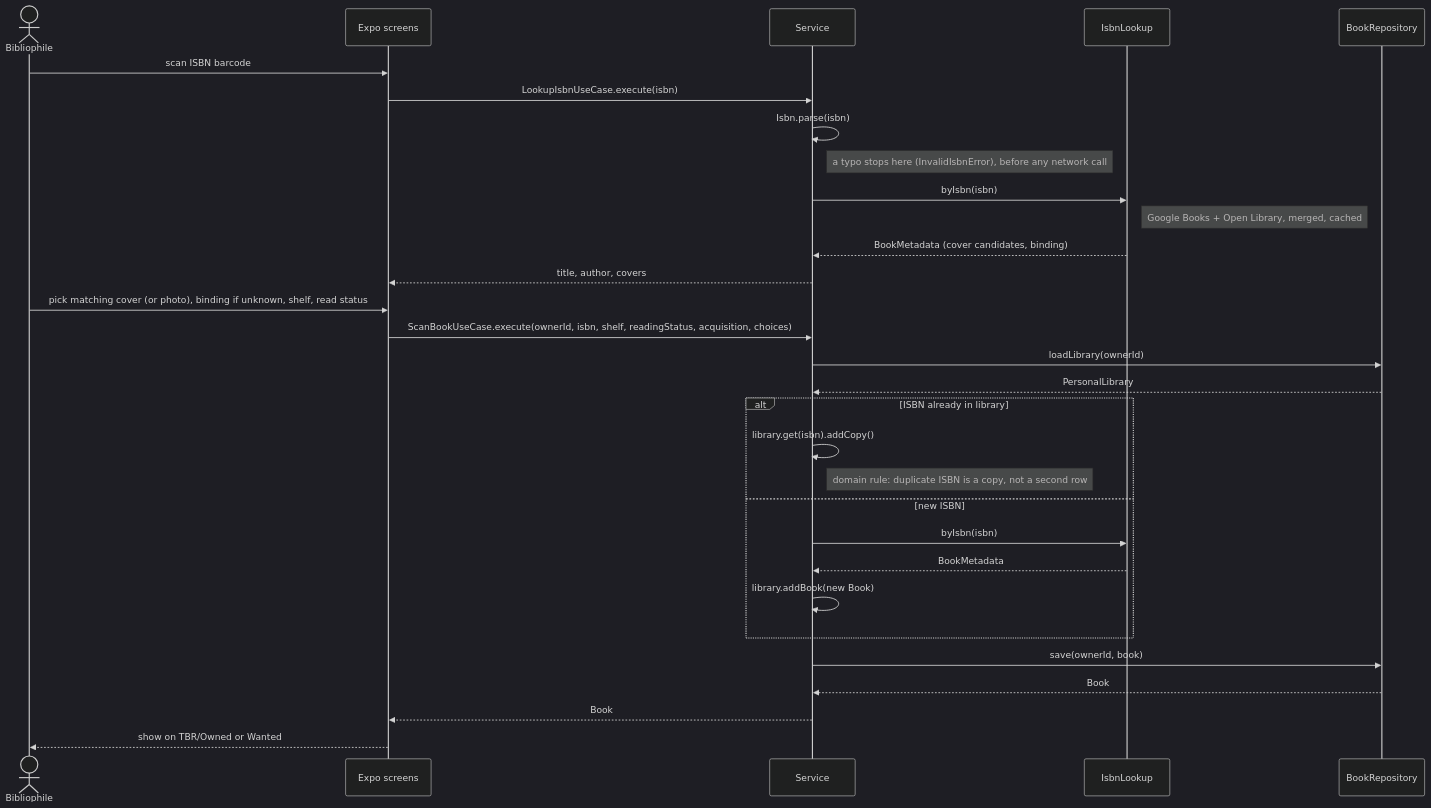
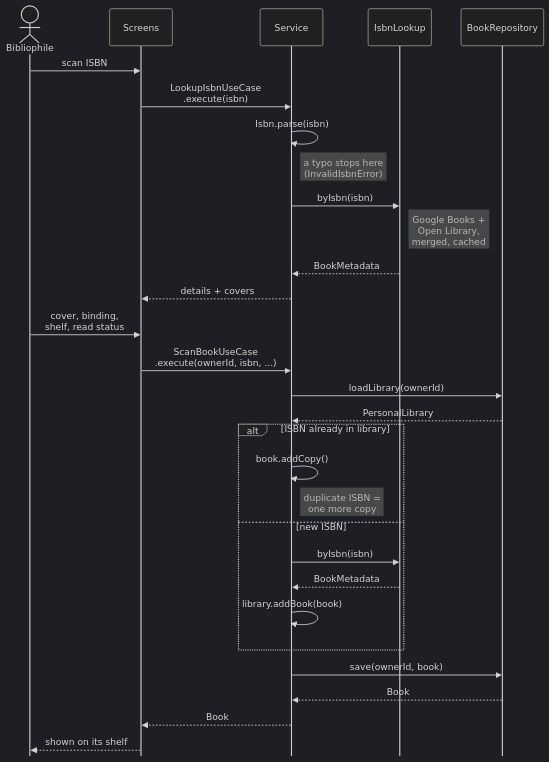
Before and after one commit to ghechavarria/cen5064-project-hechavarria: the diagram in docs/design/diagrams/sequence-scan.mmd, drawn with Mermaid (dark theme). The commit also changed 2 other files, not shown here.

Commit message:
Design doc: make the scan sequence diagram readable (3.2pt -> 7.1pt printed)
Long one-line messages and notes made the diagram 2214px wide, so its text printed at 3.2pt. Labels now break over two lines, the bottom actor row is dropped and margins are tighter (layout set in the .mmd), and the figure may use the full page height. Same steps and participants.

Refs #18

```diff
--- a/docs/design/diagrams/sequence-scan.mmd
+++ b/docs/design/diagrams/sequence-scan.mmd
@@ -1,30 +1,31 @@
+%%{init: {"sequence": {"mirrorActors": false, "messageMargin": 16, "actorMargin": 30, "boxMargin": 6, "noteMargin": 6, "width": 110}}}%%
 sequenceDiagram
     actor U as Bibliophile
-    participant UI as Expo screens
+    participant UI as Screens
     participant S as Service
     participant L as IsbnLookup
     participant R as BookRepository
-    U->>UI: scan ISBN barcode
-    UI->>S: LookupIsbnUseCase.execute(isbn)
+    U->>UI: scan ISBN
+    UI->>S: LookupIsbnUseCase<br/>.execute(isbn)
     S->>S: Isbn.parse(isbn)
-    Note right of S: a typo stops here (InvalidIsbnError), before any network call
+    Note right of S: a typo stops here<br/>(InvalidIsbnError)
     S->>L: byIsbn(isbn)
-    Note right of L: Google Books + Open Library, merged, cached
-    L-->>S: BookMetadata (cover candidates, binding)
-    S-->>UI: title, author, covers
-    U->>UI: pick matching cover (or photo), binding if unknown, shelf, read status
-    UI->>S: ScanBookUseCase.execute(ownerId, isbn, shelf, readingStatus, acquisition, choices)
+    Note right of L: Google Books +<br/>Open Library,<br/>merged, cached
+    L-->>S: BookMetadata
+    S-->>UI: details + covers
+    U->>UI: cover, binding,<br/>shelf, read status
+    UI->>S: ScanBookUseCase<br/>.execute(ownerId, isbn, ...)
     S->>R: loadLibrary(ownerId)
     R-->>S: PersonalLibrary
     alt ISBN already in library
-        S->>S: library.get(isbn).addCopy()
-        Note right of S: domain rule: duplicate ISBN is a copy, not a second row
+        S->>S: book.addCopy()
+        Note right of S: duplicate ISBN =<br/>one more copy
     else new ISBN
         S->>L: byIsbn(isbn)
         L-->>S: BookMetadata
-        S->>S: library.addBook(new Book)
+        S->>S: library.addBook(book)
     end
     S->>R: save(ownerId, book)
     R-->>S: Book
     S-->>UI: Book
-    UI-->>U: show on TBR/Owned or Wanted
+    UI-->>U: shown on its shelf
```
